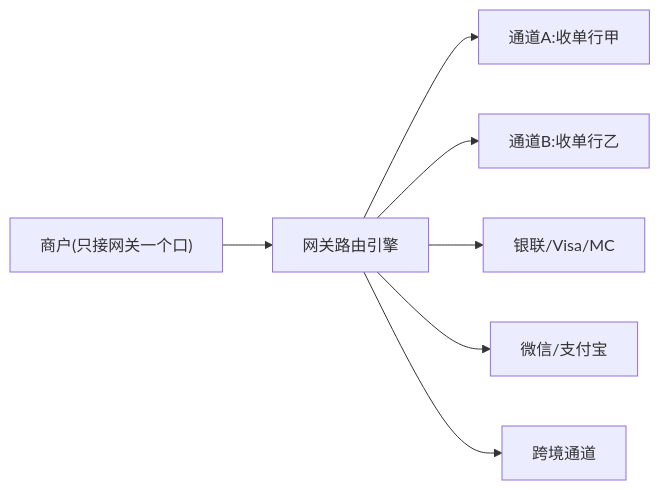
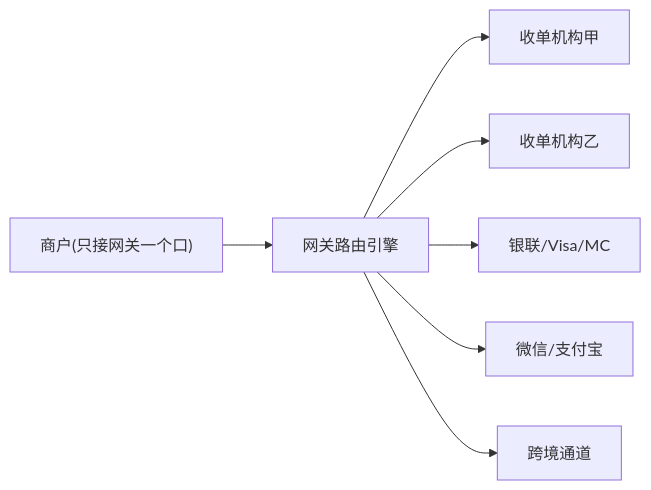
One commit to loong-ju/tech-research changed diagram 13 of 23 in payment/traditional-payment/01b-acquiring-psp-payfac.md. Above: the diagram before and after it, drawn with Mermaid. The commit also changed other lines of this file and 1 other file, not shown here.

````diff
--- a/payment/traditional-payment/01b-acquiring-psp-payfac.md
+++ b/payment/traditional-payment/01b-acquiring-psp-payfac.md
@@ -331,9 +331,9 @@
 ```mermaid
 flowchart LR
     M["商户(只接网关一个口)"] --> GW["网关路由引擎"]
-    GW --> C1["通道A:收单行甲"]
-    GW --> C2["通道B:收单行乙"]
+    GW --> C1["收单机构甲"]
+    GW --> C2["收单机构乙"]
     GW --> C3["银联/Visa/MC"]
     GW --> C4["微信/支付宝"]
     GW --> C5["跨境通道"]
 ```
````
